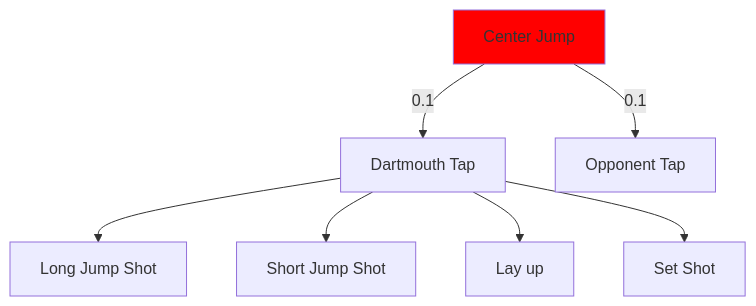
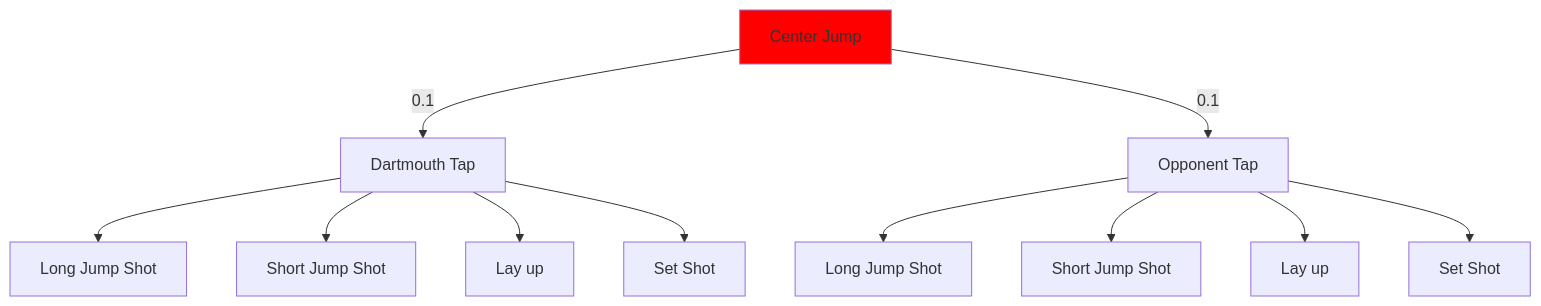
Before and after one commit to JimbyRaynor/BasketBall: the diagram in README.md, drawn with Mermaid.

````diff
--- a/README.md
+++ b/README.md
@@ -5,13 +5,17 @@
 ```mermaid 
 graph TD;
     A[Center Jump]-->|0.1|B[Dartmouth Tap];
     A[Center Jump]-->|0.1|C[Opponent Tap];
     B-->D[Long Jump Shot];
     B-->E[Short Jump Shot];
     B-->F[Lay up];
     B-->G[Set Shot];
+    C-->H[Long Jump Shot];
+    C-->I[Short Jump Shot];
+    C-->J[Lay up];
+    C-->K[Set Shot];
 
 
 style A fill:#ff0000;
 
 ```
````
